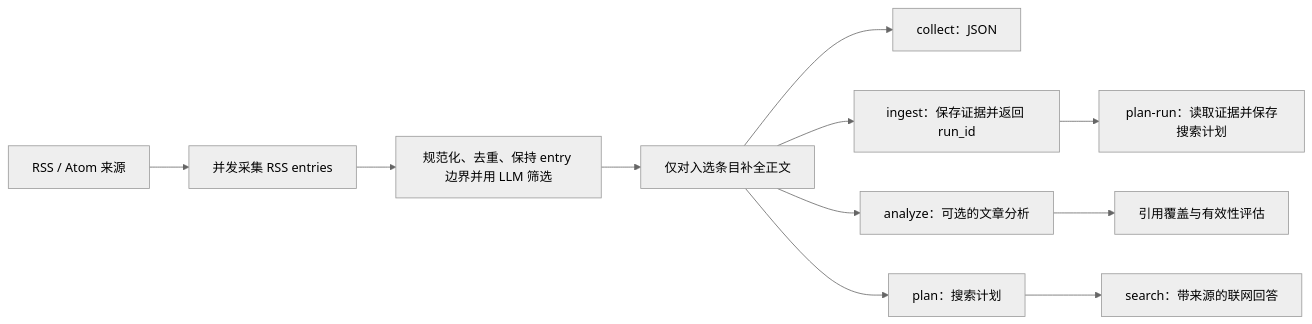
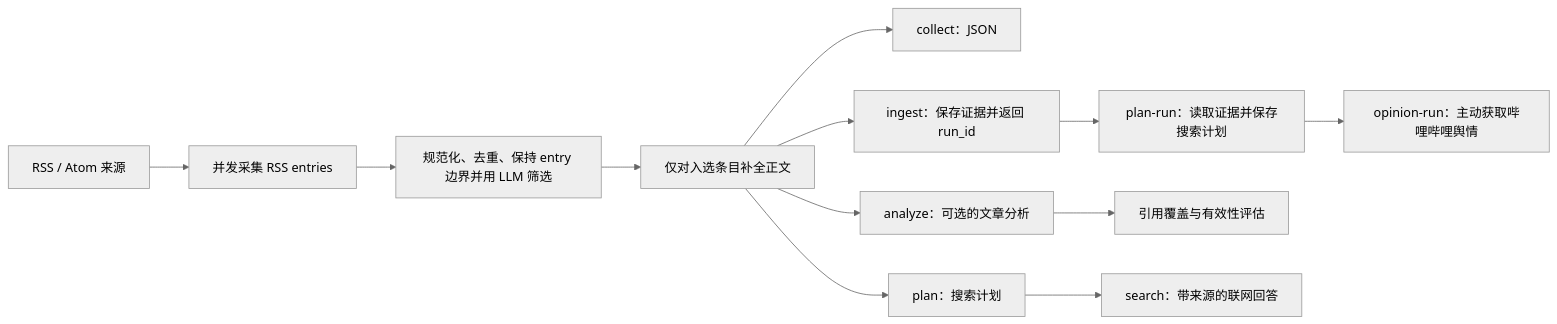
One commit to Ita-Hloks/InformationAgent changed the diagram in README.md. Above: the diagram before and after it, drawn with Mermaid (neutral theme). The commit also changed other lines of this file and 28 other files, not shown here.

````diff
--- a/README.md
+++ b/README.md
@@ -64,13 +64,14 @@
 ```mermaid
 flowchart LR
     A["RSS / Atom 来源"] --> B["并发采集 RSS entries"]
     B --> C["规范化、去重、保持 entry 边界并用 LLM 筛选"]
     C --> D0["仅对入选条目补全正文"]
     D0 --> D["collect：JSON"]
     D0 --> E["ingest：保存证据并返回 run_id"]
     E --> J["plan-run：读取证据并保存搜索计划"]
+    J --> K["opinion-run：主动获取哔哩哔哩舆情"]
     D0 --> F["analyze：可选的文章分析"]
     F --> G["引用覆盖与有效性评估"]
     D0 --> H["plan：搜索计划"]
     H --> I["search：带来源的联网回答"]
 ```
````
